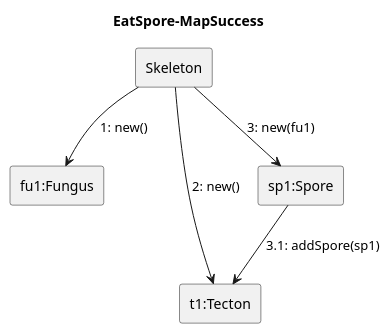
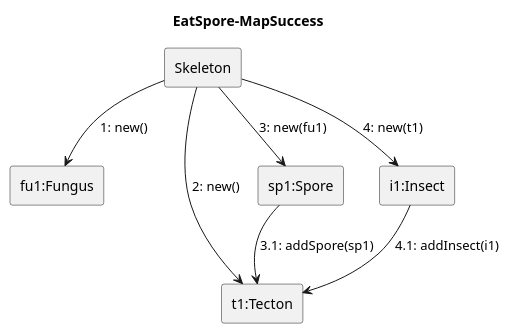
One commit to ZD4ve/projlab-error521 changed the diagram in Skeleton/Eat-spore/map-success.pu. Above: the diagram before and after it, drawn with PlantUML. The commit also changed 8 other files, not shown here.

```diff
--- a/Skeleton/Eat-spore/map-success.pu
+++ b/Skeleton/Eat-spore/map-success.pu
@@ -1,16 +1,22 @@
 @startuml Eat-spore/map-success
 hide footbox
 title EatSpore-MapSuccess
 
 rectangle Skeleton as S
 
 rectangle "fu1:Fungus" as fu1
 rectangle "t1:Tecton" as t1
 rectangle "sp1:Spore" as sp1
+rectangle "i1:Insect" as i1
 
 S --> fu1 : 1: new()
+
 S --> t1 : 2: new()
+
 S --> sp1 : 3: new(fu1)
 sp1 --> t1 : 3.1: addSpore(sp1)
 
+S --> i1 : 4: new(t1)
+i1 --> t1: 4.1: addInsect(i1)
+
 @enduml
```
